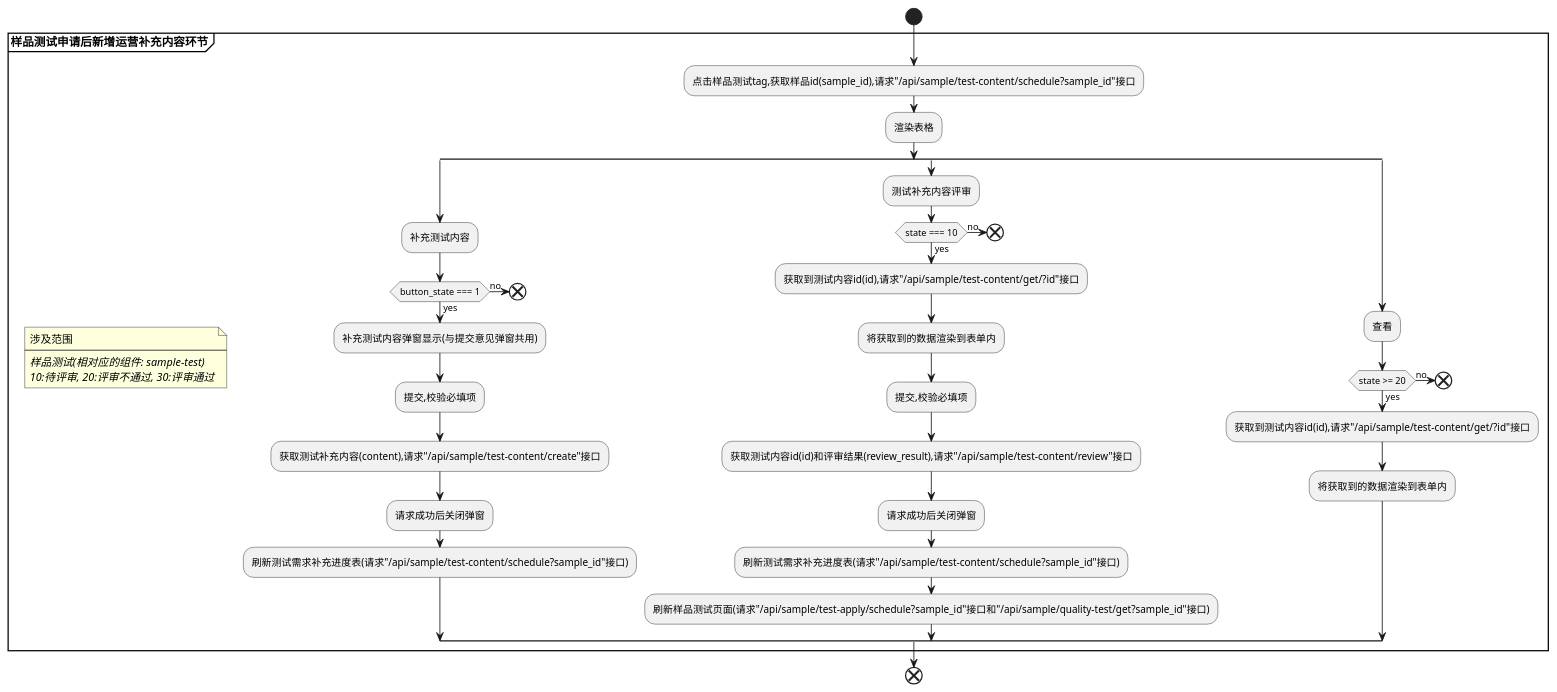
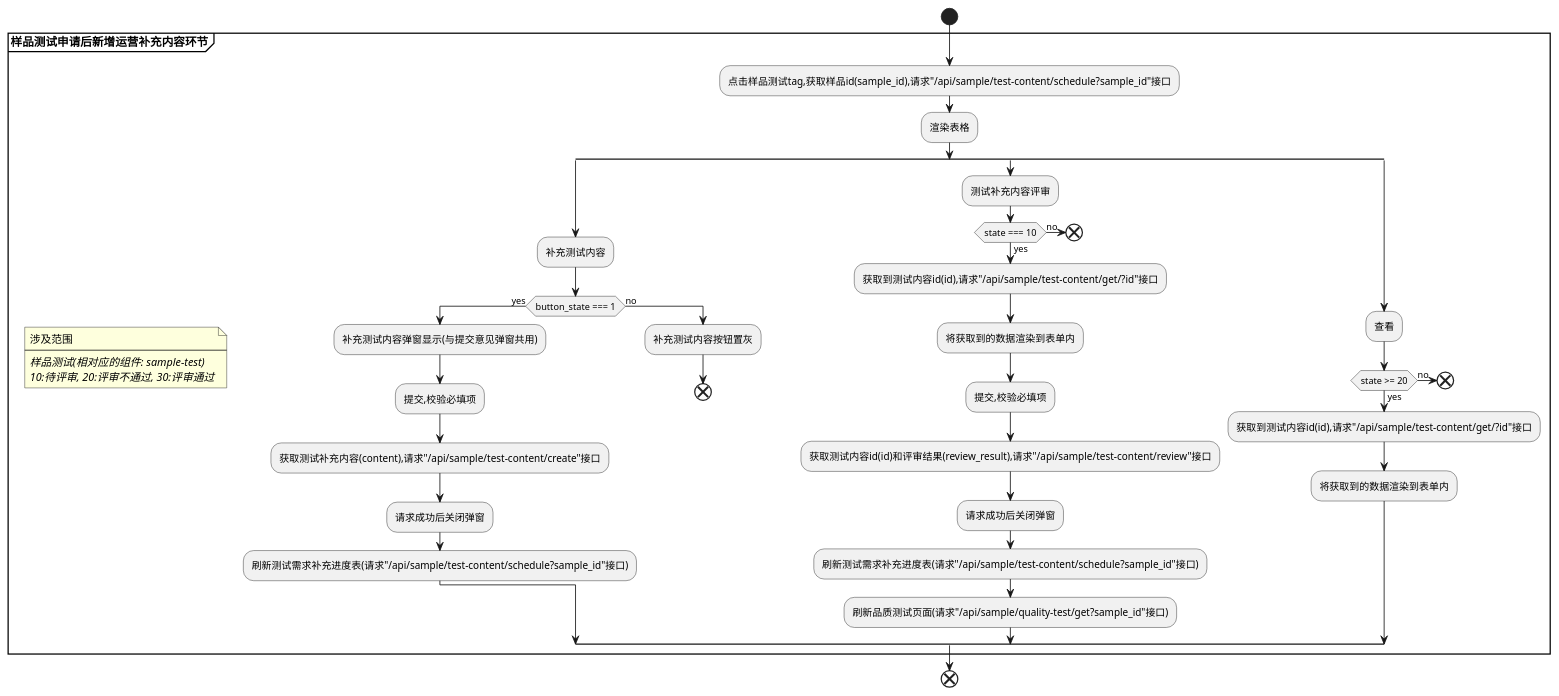
The seventh of 8 diagrams in docs/diagram/seq-demand.puml (futurekidult/product), drawn with PlantUML before and after one commit. The commit also changed other lines of this file, not shown here.

```diff
--- a/docs/diagram/seq-demand.puml
+++ b/docs/diagram/seq-demand.puml
@@ -234,47 +223,48 @@
 @startuml
 start
 partition "**样品测试申请后新增运营补充内容环节**" {
   note
     涉及范围
     ----
     //样品测试(相对应的组件: sample-test)//
     //10:待评审, 20:评审不通过, 30:评审通过//
   end note
   :点击样品测试tag,获取样品id(sample_id),请求"/api/sample/test-content/schedule?sample_id"接口;
   :渲染表格;
   split
     :补充测试内容;
     if(button_state === 1) then (yes)
       :补充测试内容弹窗显示(与提交意见弹窗共用);
       :提交,校验必填项;
       :获取测试补充内容(content),请求"/api/sample/test-content/create"接口;
       :请求成功后关闭弹窗;
       :刷新测试需求补充进度表(请求"/api/sample/test-content/schedule?sample_id"接口);
     else (no)
+      :补充测试内容按钮置灰;
       end
     endif
   split again
     :测试补充内容评审;
     if(state === 10) then (yes)
       :获取到测试内容id(id),请求"/api/sample/test-content/get/?id"接口;
       :将获取到的数据渲染到表单内;
       :提交,校验必填项;
       :获取测试内容id(id)和评审结果(review_result),请求"/api/sample/test-content/review"接口;
       :请求成功后关闭弹窗;
       :刷新测试需求补充进度表(请求"/api/sample/test-content/schedule?sample_id"接口);
-      :刷新样品测试页面(请求"/api/sample/test-apply/schedule?sample_id"接口和"/api/sample/quality-test/get?sample_id"接口);
+      :刷新品质测试页面(请求"/api/sample/quality-test/get?sample_id"接口);
     else (no)
       end;
     endif
   split again
     :查看;
     if(state >= 20) then (yes)
       :获取到测试内容id(id),请求"/api/sample/test-content/get/?id"接口;
       :将获取到的数据渲染到表单内;
     else (no)
       end
     endif
   end split
 }
 end
 @enduml
```
